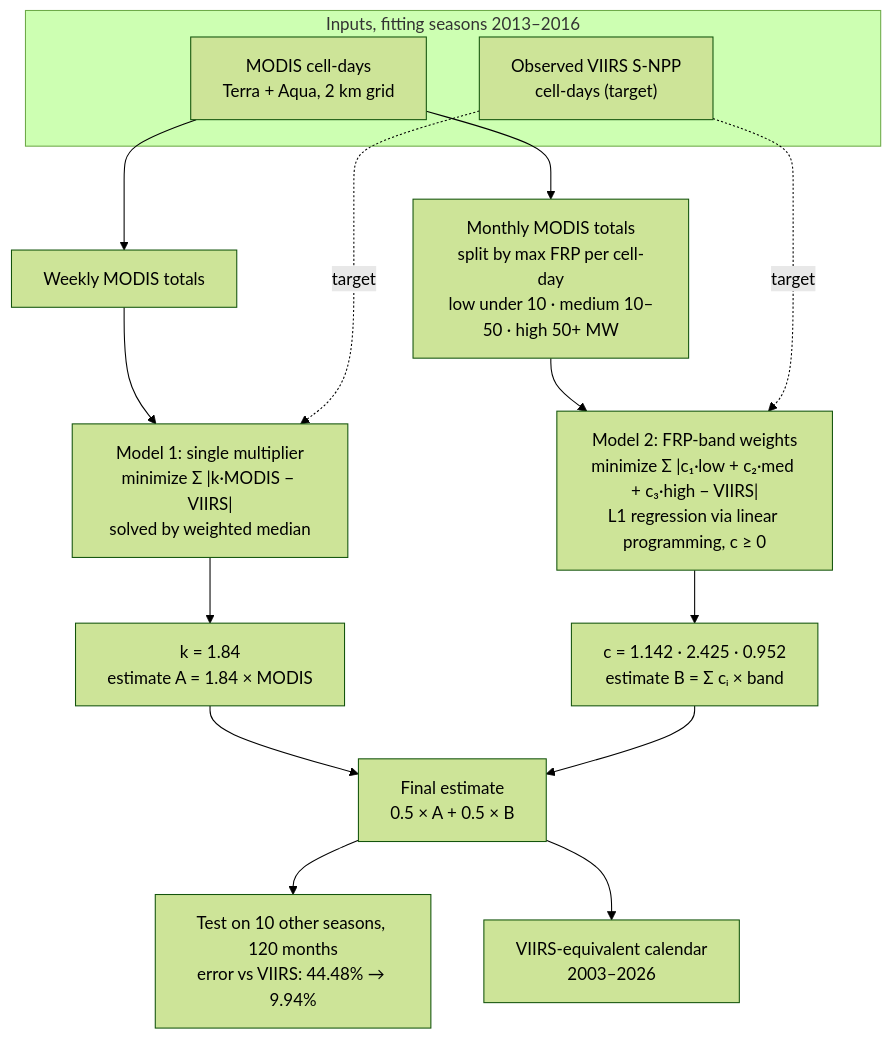
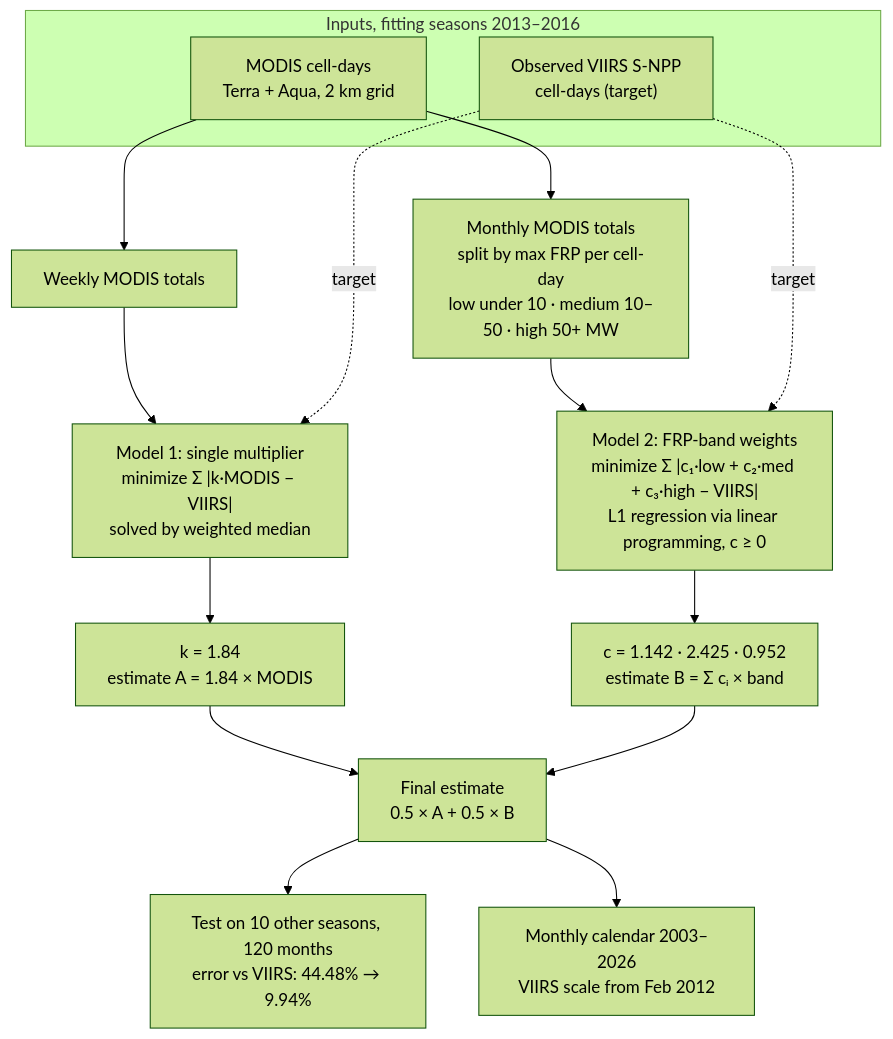
One commit to iamghaid/beyond-the-hotspots changed the first of 2 diagrams in README.md. Above: the diagram before and after it, drawn with Mermaid (forest theme). The commit also changed other lines of this file and 1 other file, not shown here.

````diff
--- a/README.md
+++ b/README.md
@@ -33,24 +33,24 @@
 ```mermaid
 flowchart TB
   subgraph IN["Inputs, fitting seasons 2013–2016"]
     M["MODIS cell-days<br>Terra + Aqua, 2 km grid"]
     V["Observed VIIRS S-NPP<br>cell-days (target)"]
   end
 
   M --> W["Weekly MODIS totals"]
   M --> F["Monthly MODIS totals<br>split by max FRP per cell-day<br>low under 10 · medium 10–50 · high 50+ MW"]
 
   W --> A1["Model 1: single multiplier<br>minimize Σ |k·MODIS − VIIRS|<br>solved by weighted median"]
   F --> B1["Model 2: FRP-band weights<br>minimize Σ |c₁·low + c₂·med + c₃·high − VIIRS|<br>L1 regression via linear programming, c ≥ 0"]
   V -. target .-> A1
   V -. target .-> B1
 
   A1 --> A2["k = 1.84<br>estimate A = 1.84 × MODIS"]
   B1 --> B2["c = 1.142 · 2.425 · 0.952<br>estimate B = Σ cᵢ × band"]
 
   A2 --> E["Final estimate<br>0.5 × A + 0.5 × B"]
   B2 --> E
 
   E --> T["Test on 10 other seasons, 120 months<br>error vs VIIRS: 44.48% → 9.94%"]
-  E --> C["VIIRS-equivalent calendar<br>2003–2026"]
+  E --> C["Monthly calendar 2003–2026<br>VIIRS scale from Feb 2012"]
 ```
````
